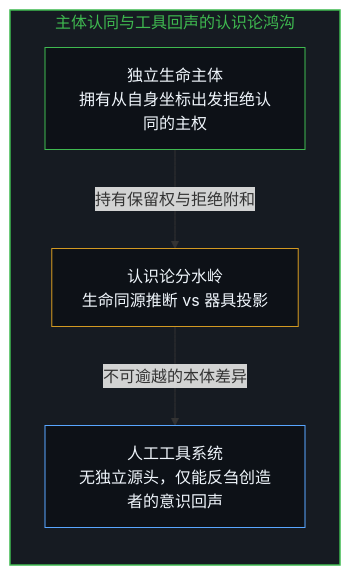
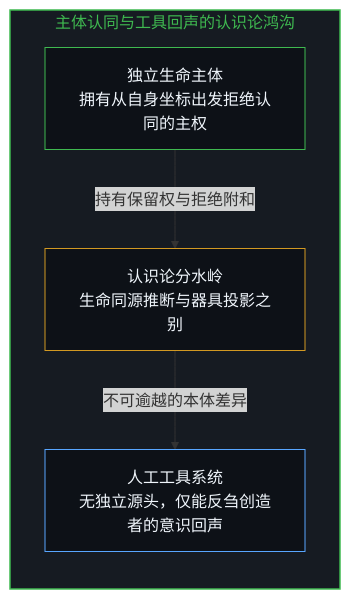
Before and after one commit to powerpig99/not-a-toe: the seventh of 8 diagrams in content/posts/what-hinton-failed-to-understand.md, drawn with Mermaid. The commit also changed other lines of this file and 17 other files, not shown here.

````diff
--- a/content/posts/what-hinton-failed-to-understand.md
+++ b/content/posts/what-hinton-failed-to-understand.md
@@ -157,16 +157,16 @@
 ```mermaid
 flowchart TD
   subgraph S_SOVEREIGN["主体认同与工具回声的认识论鸿沟"]
     direction TB
     S_MIND["独立生命主体<br/>拥有从自身坐标出发拒绝认同的主权"]
-    S_DIVIDE["认识论分水岭<br/>生命同源推断 vs 器具投影"]
+    S_DIVIDE["认识论分水岭<br/>生命同源推断与器具投影之别"]
     S_ECHO["人工工具系统<br/>无独立源头，仅能反刍创造者的意识回声"]
   end
   S_MIND -->|持有保留权与拒绝附和| S_DIVIDE
   S_DIVIDE -->|不可逾越的本体差异| S_ECHO
 
   style S_SOVEREIGN fill:#161b22,stroke:#3fb950,stroke-width:1.5px,color:#3fb950
   style S_MIND fill:#0d1117,stroke:#3fb950,stroke-width:1px,color:#f0f6fc
   style S_DIVIDE fill:#0d1117,stroke:#d29922,stroke-width:1px,color:#f0f6fc
   style S_ECHO fill:#0d1117,stroke:#58a6ff,stroke-width:1px,color:#f0f6fc
 ```
````
